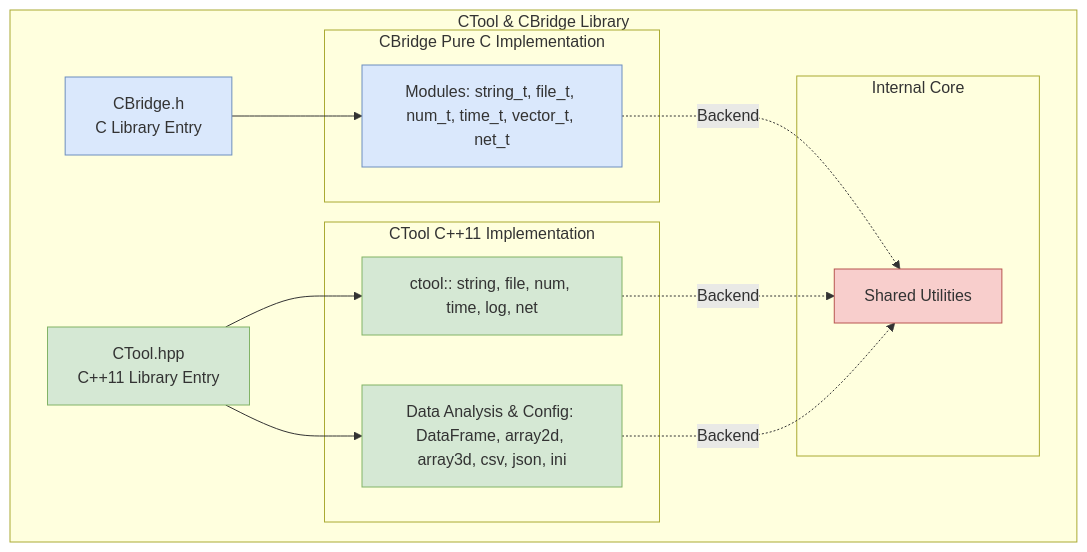
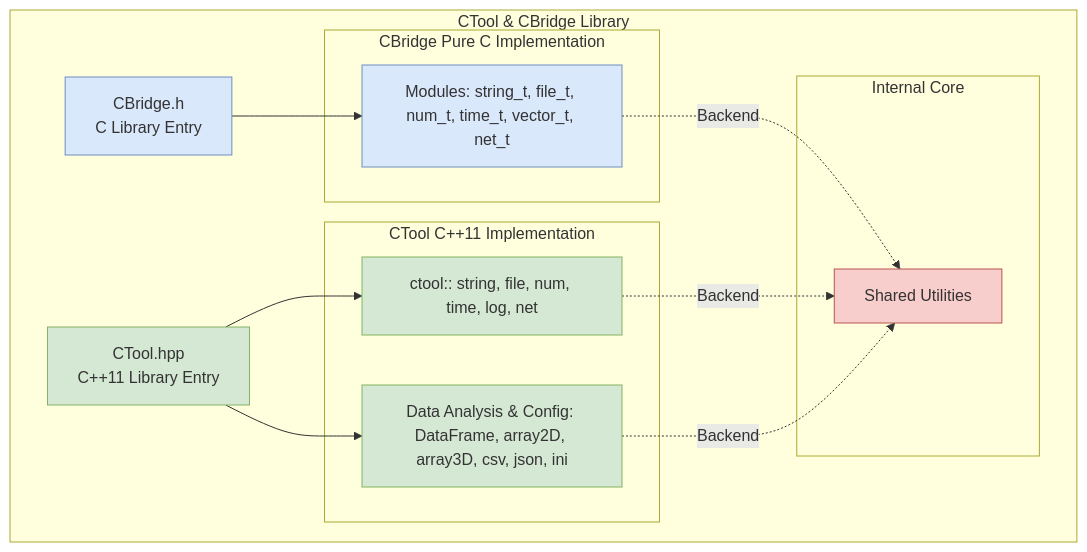
The diagram in README.md (falbany/CTool), drawn with Mermaid before and after one commit. The commit also changed other lines of this file and 22 other files, not shown here.

First line of the commit message:
refactor(ctool): rename num to arrayND and standardize file naming

````diff
--- a/README.md
+++ b/README.md
@@ -19,35 +19,35 @@
 ```mermaid
 graph TB
     subgraph CTool_CBridge[CTool & CBridge Library]
         CTool_hpp[CTool.hpp<br/>C++11 Library Entry]
         CBridge_h[CBridge.h<br/>C Library Entry]
 
         subgraph CTool_CPP[CTool C++11 Implementation]
             ctool_tools[ctool:: string, file, num, time, log, net]
-            ctool_data[Data Analysis & Config: DataFrame, array2d, array3d, csv, json, ini]
+            ctool_data[Data Analysis & Config: DataFrame, array2D, array3D, csv, json, ini]
         end
 
         subgraph CBridge_C[CBridge Pure C Implementation]
             cbridge_tools[Modules: string_t, file_t, num_t, time_t, vector_t, net_t]
         end
 
         subgraph Internal[Internal Core]
             internal[Shared Utilities]
         end
 
         CTool_hpp --> ctool_tools
         CTool_hpp --> ctool_data
         CBridge_h --> cbridge_tools
 
         cbridge_tools -. Backend .-> internal
         ctool_tools -. Backend .-> internal
         ctool_data -. Backend .-> internal
 
         style CTool_hpp fill:#d5e8d4,stroke:#82b366
         style CBridge_h fill:#dae8fc,stroke:#6c8ebf
         style cbridge_tools fill:#dae8fc,stroke:#6c8ebf
         style ctool_tools fill:#d5e8d4,stroke:#82b366
         style ctool_data fill:#d5e8d4,stroke:#82b366
         style internal fill:#f8cecc,stroke:#b85450
     end
 ```
````
